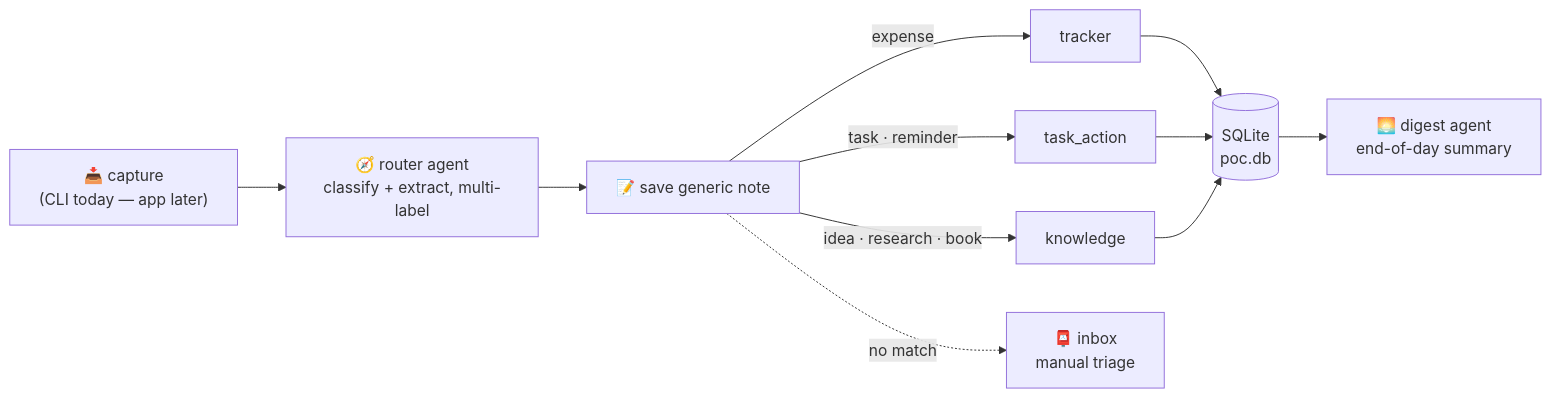
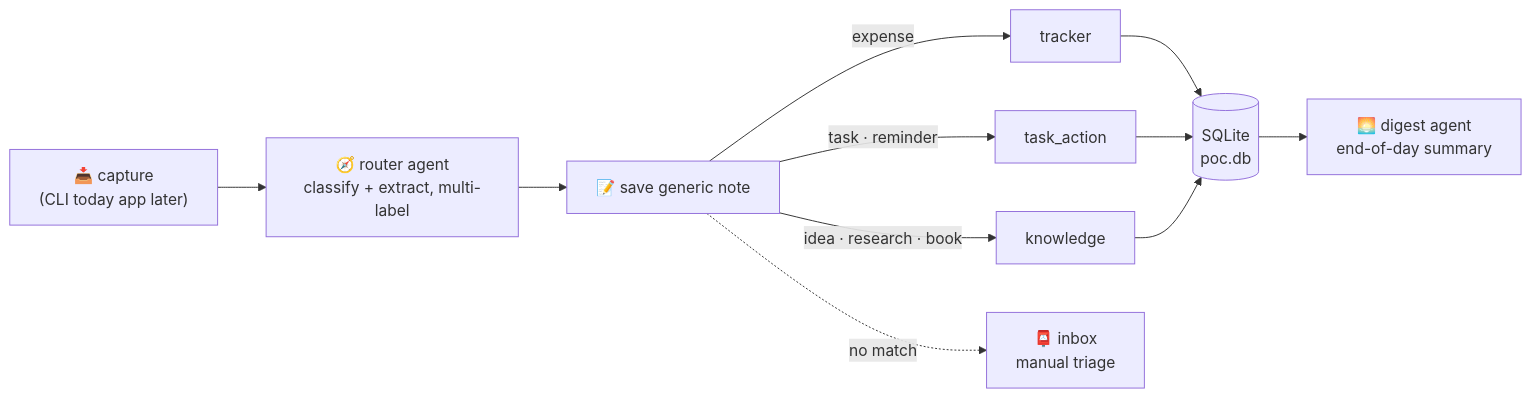
Before and after one commit to Gandhrav/Dropstone: the diagram in README.md, drawn with Mermaid. The commit also changed other lines of this file, not shown here.

````diff
--- a/README.md
+++ b/README.md
@@ -48,13 +48,13 @@
 ```mermaid
 flowchart LR
-    C["📥 capture<br/>(CLI today — app later)"] --> R["🧭 router agent<br/>classify + extract, multi-label"]
+    C["📥 capture<br/>(CLI today  app later)"] --> R["🧭 router agent<br/>classify + extract, multi-label"]
     R --> S["📝 save generic note"]
     S -->|"expense"| TR["tracker"]
     S -->|"task · reminder"| TA["task_action"]
     S -->|"idea · research · book"| KN["knowledge"]
     S -.->|"no match"| IB["📮 inbox<br/>manual triage"]
     TR --> DB[("SQLite<br/>poc.db")]
     TA --> DB
     KN --> DB
     DB --> DG["🌅 digest agent<br/>end-of-day summary"]
 ```
````
